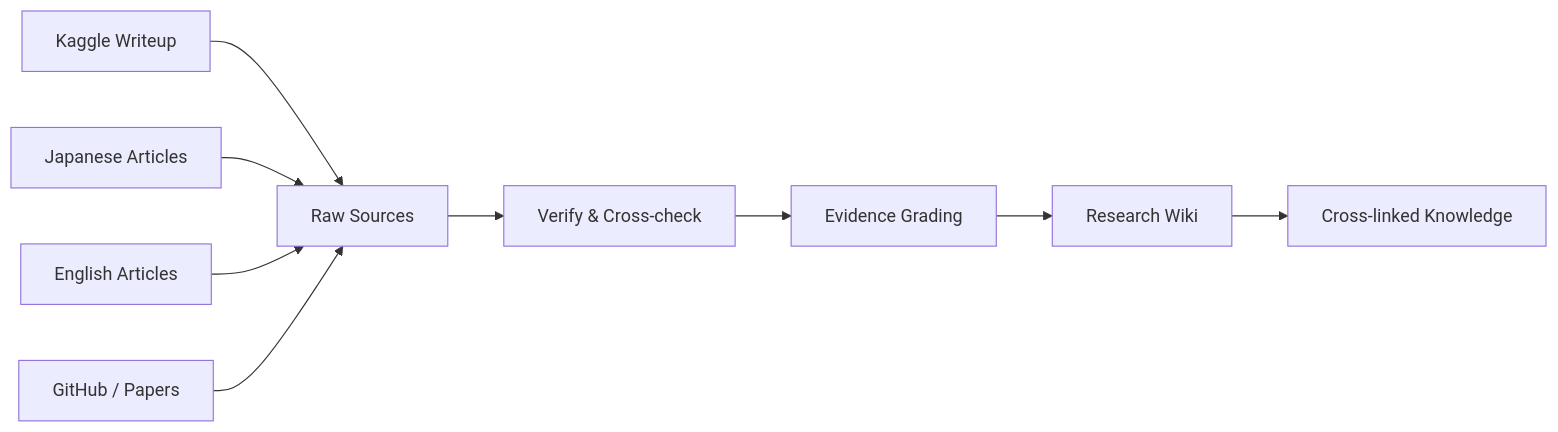
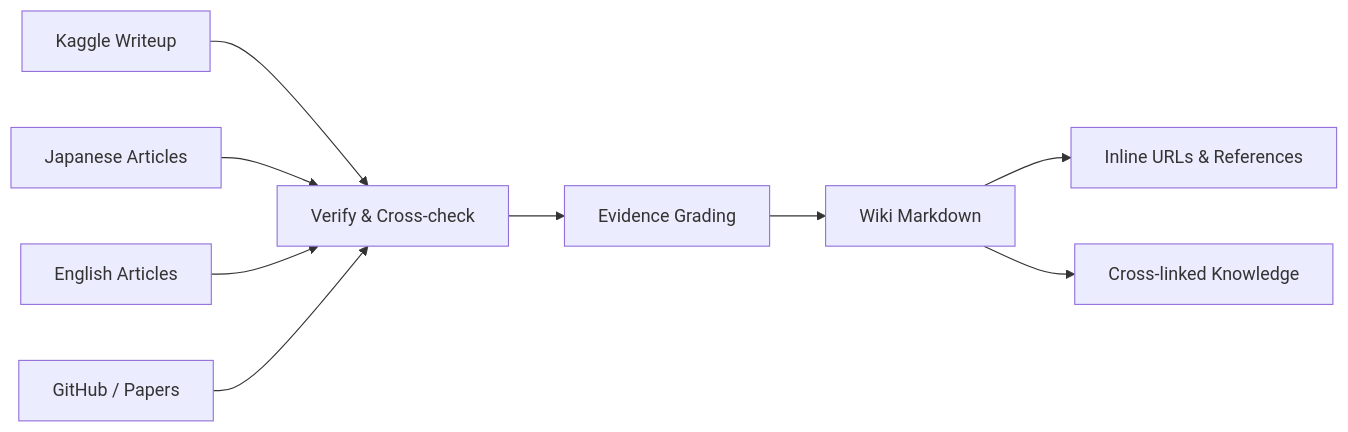
The first of 2 diagrams in index.md (morikazu1119/Kagglecture), drawn with Mermaid before and after one commit. The commit also changed other lines of this file, not shown here.

Commit message:
docs: remove raw layer from Pages index

````diff
--- a/index.md
+++ b/index.md
@@ -20,11 +19,11 @@
 ```mermaid
 flowchart LR
-    A[Kaggle Writeup] --> R[Raw Sources]
-    B[Japanese Articles] --> R
-    C[English Articles] --> R
-    D[GitHub / Papers] --> R
-    R --> V[Verify & Cross-check]
+    A[Kaggle Writeup] --> V[Verify & Cross-check]
+    B[Japanese Articles] --> V
+    C[English Articles] --> V
+    D[GitHub / Papers] --> V
     V --> E[Evidence Grading]
-    E --> W[Research Wiki]
+    E --> W[Wiki Markdown]
+    W --> R[Inline URLs & References]
     W --> X[Cross-linked Knowledge]
 ```
````
